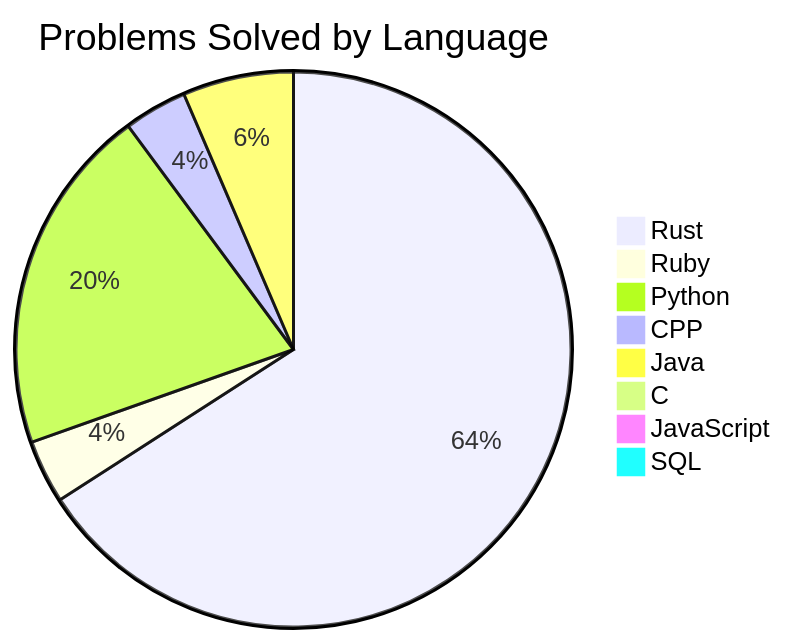
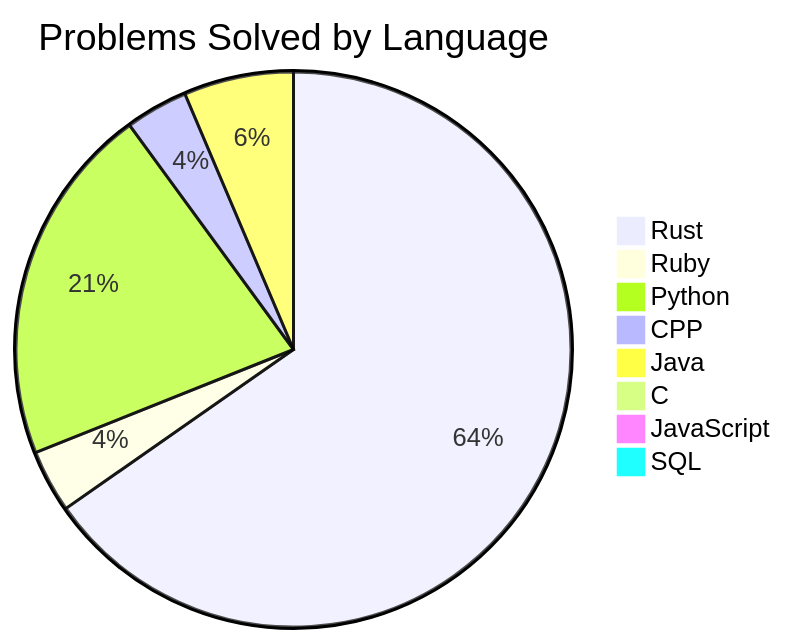
Before and after one commit to Liam-Wirth/leetcode-solutions: the second of 2 diagrams in README.md, drawn with Mermaid. The commit also changed other lines of this file and 8 other files, not shown here.

````diff
--- a/README.md
+++ b/README.md
@@ -46,11 +46,11 @@
 ```mermaid
 pie title Problems Solved by Language
     "Rust": 143
     "Ruby": 8
-    "Python": 44
+    "Python": 46
     "CPP": 8
     "Java": 14
     "C": 1
     "JavaScript": 2
     "SQL": 2
 ```
````
